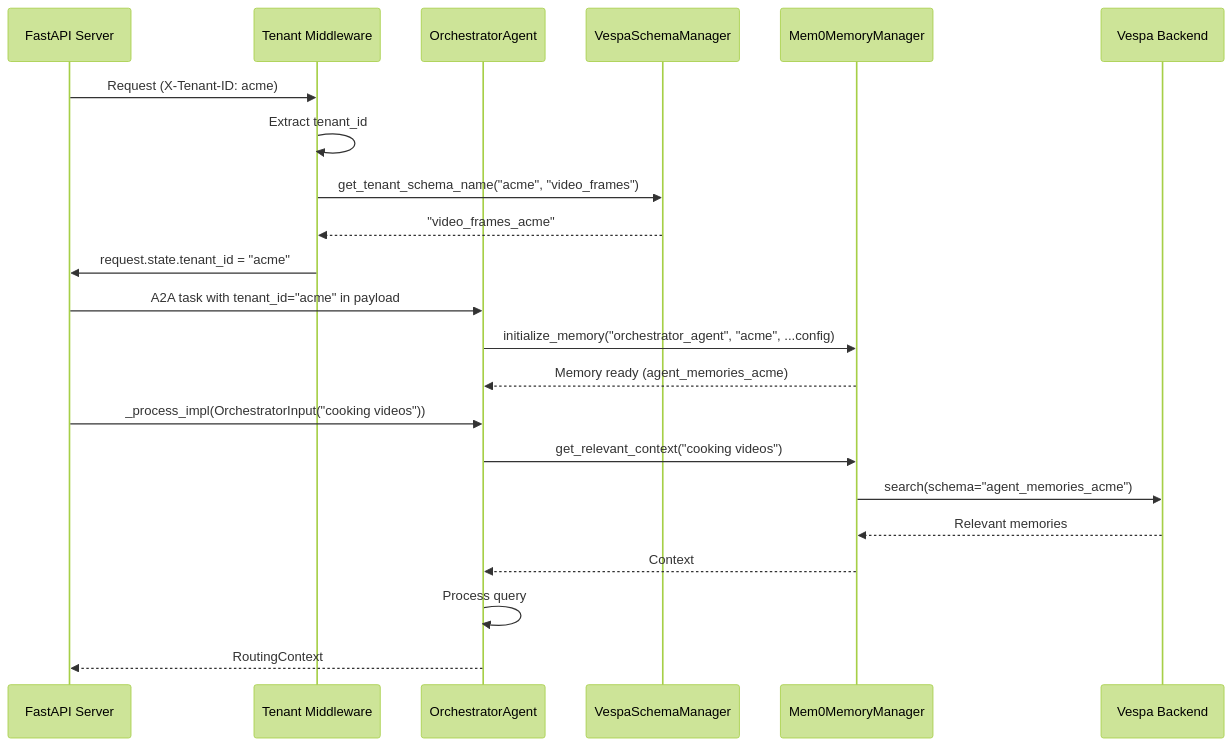
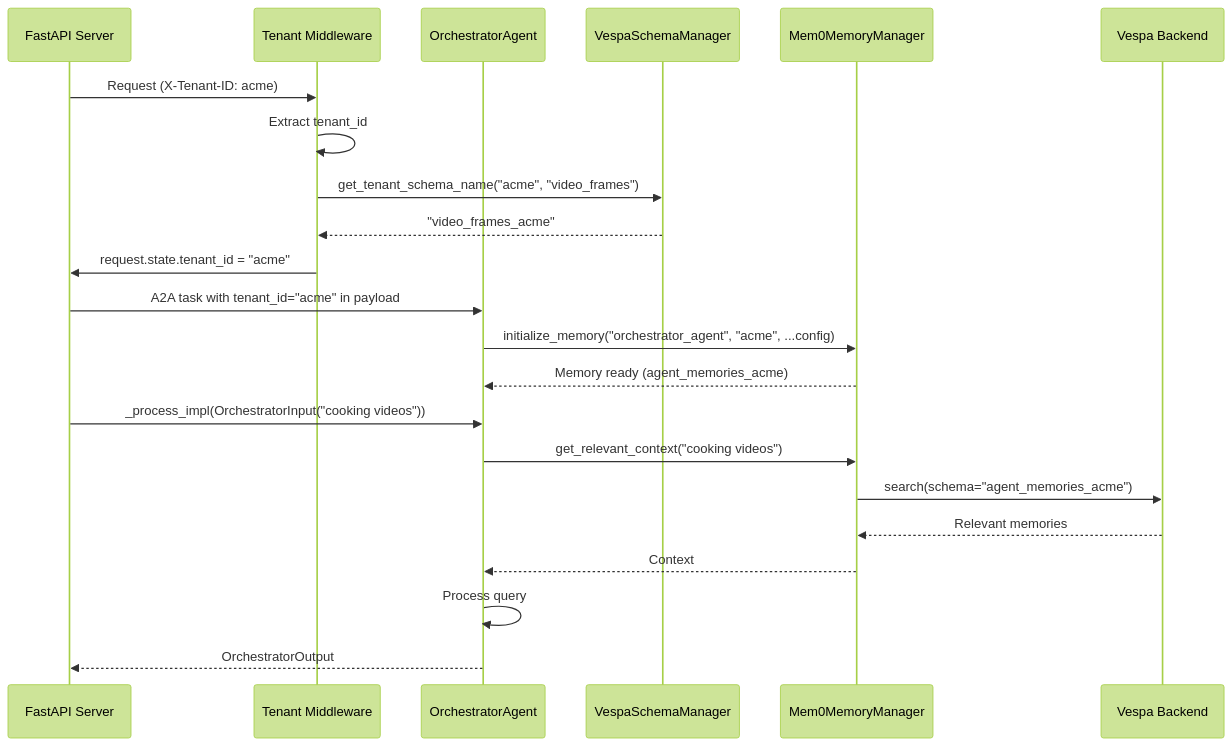
Diagram 13 of 19 in docs/modules/agents.md (amit-jain/cogniverse), drawn with Mermaid (forest theme) before and after one commit. The commit also changed other lines of this file and 22 other files, not shown here.

````diff
--- a/docs/modules/agents.md
+++ b/docs/modules/agents.md
@@ -2803,27 +2766,27 @@
 ```mermaid
 sequenceDiagram
     participant API as FastAPI Server
     participant Middleware as Tenant Middleware
     participant Agent as OrchestratorAgent
     participant SchemaManager as VespaSchemaManager
     participant Memory as Mem0MemoryManager
     participant Vespa as Vespa Backend
 
     API->>Middleware: Request (X-Tenant-ID: acme)
     Middleware->>Middleware: Extract tenant_id
     Middleware->>SchemaManager: get_tenant_schema_name("acme", "video_frames")
     SchemaManager-->>Middleware: "video_frames_acme"
     Middleware->>API: request.state.tenant_id = "acme"
 
     API->>Agent: A2A task with tenant_id="acme" in payload
     Agent->>Memory: initialize_memory("orchestrator_agent", "acme", ...config)
     Memory-->>Agent: Memory ready (agent_memories_acme)
 
     API->>Agent: _process_impl(OrchestratorInput("cooking videos"))
     Agent->>Memory: get_relevant_context("cooking videos")
     Memory->>Vespa: search(schema="agent_memories_acme")
     Vespa-->>Memory: Relevant memories
     Memory-->>Agent: Context
     Agent->>Agent: Process query
-    Agent-->>API: RoutingContext
+    Agent-->>API: OrchestratorOutput
 ```
````
